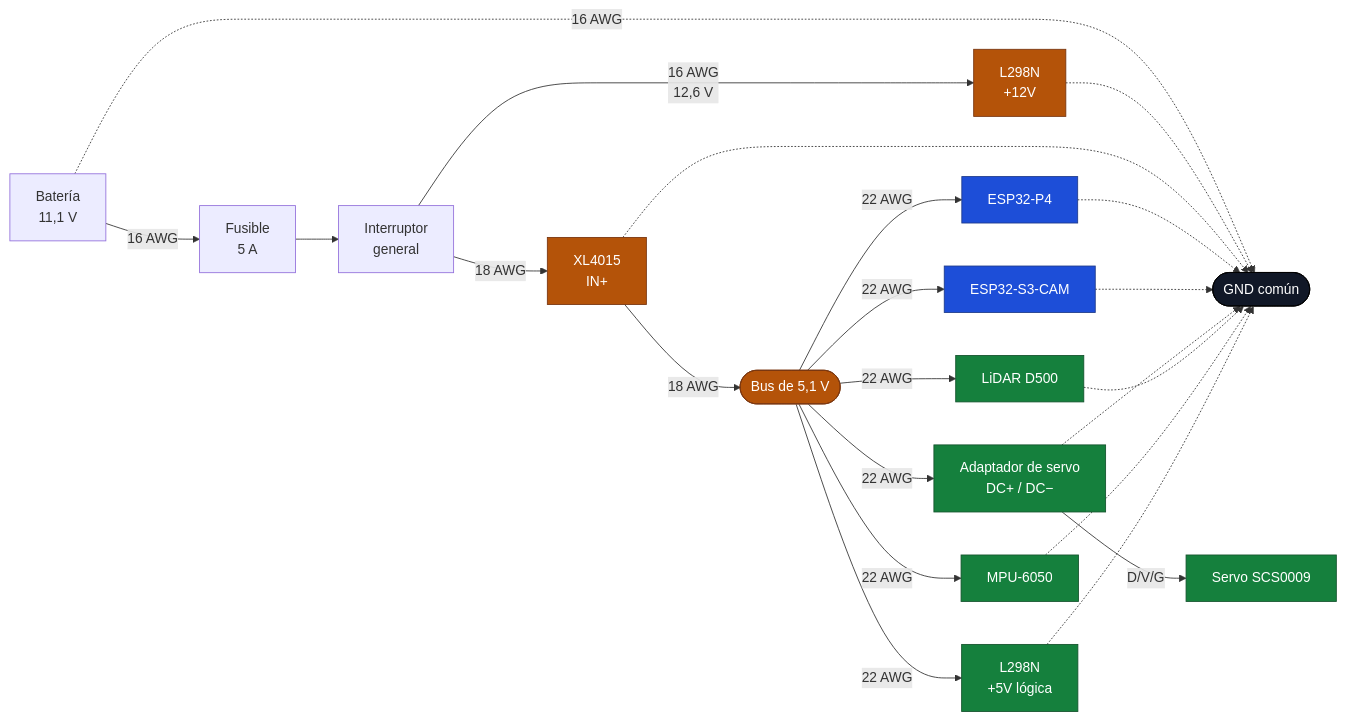
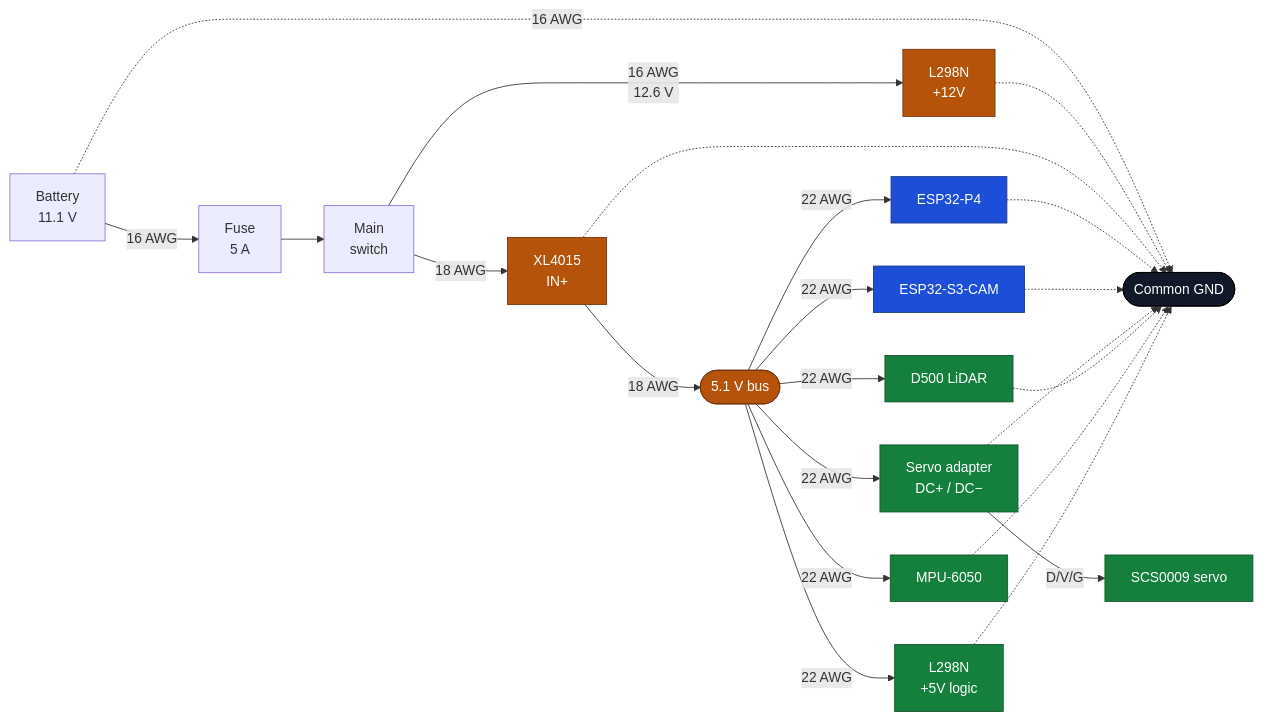
The second of 5 diagrams in docs/ELECTRONICS.md (Eddym06/AutoNex), drawn with Mermaid before and after one commit. The commit also changed other lines of this file, not shown here.

````diff
--- a/docs/ELECTRONICS.md
+++ b/docs/ELECTRONICS.md
@@ -155,35 +156,35 @@
 ```mermaid
 flowchart LR
-    BAT["Batería<br/>11,1 V"] -->|"16 AWG"| FUS["Fusible<br/>5 A"]
-    FUS --> SW["Interruptor<br/>general"]
-    SW -->|"16 AWG<br/>12,6 V"| L298["L298N<br/>+12V"]
+    BAT["Battery<br/>11.1 V"] -->|"16 AWG"| FUS["Fuse<br/>5 A"]
+    FUS --> SW["Main<br/>switch"]
+    SW -->|"16 AWG<br/>12.6 V"| L298["L298N<br/>+12V"]
     SW -->|"18 AWG"| BUCK["XL4015<br/>IN+"]
 
-    BUCK -->|"18 AWG"| BUS(["Bus de 5,1 V"])
+    BUCK -->|"18 AWG"| BUS(["5.1 V bus"])
     BUS -->|"22 AWG"| P4["ESP32-P4"]
     BUS -->|"22 AWG"| S3CAM["ESP32-S3-CAM"]
-    BUS -->|"22 AWG"| ADP["Adaptador de servo<br/>DC+ / DC−"]
-    ADP -->|"D/V/G"| SRV["Servo SCS0009"]
-    BUS -->|"22 AWG"| LID["LiDAR D500"]
+    BUS -->|"22 AWG"| ADP["Servo adapter<br/>DC+ / DC−"]
+    ADP -->|"D/V/G"| SRV["SCS0009 servo"]
+    BUS -->|"22 AWG"| LID["D500 LiDAR"]
     BUS -->|"22 AWG"| IMU["MPU-6050"]
-    BUS -->|"22 AWG"| LOG["L298N<br/>+5V lógica"]
+    BUS -->|"22 AWG"| LOG["L298N<br/>+5V logic"]
 
-    BAT -.->|"16 AWG"| GND(["GND común"])
+    BAT -.->|"16 AWG"| GND(["Common GND"])
     L298 -.-> GND
     BUCK -.-> GND
     P4 -.-> GND
     S3CAM -.-> GND
     ADP -.-> GND
     LID -.-> GND
     IMU -.-> GND
     LOG -.-> GND
 
-    classDef pot fill:#b45309,stroke:#78350f,color:#ffffff
-    classDef ctrl fill:#1d4ed8,stroke:#1e3a8a,color:#ffffff
-    classDef carga fill:#15803d,stroke:#14532d,color:#ffffff
-    classDef tierra fill:#111827,stroke:#000000,color:#ffffff
-    class L298,BUCK,BUS pot
-    class P4,S3CAM ctrl
-    class SRV,LID,IMU,LOG,ADP carga
-    class GND tierra
+    classDef power fill:#b45309,stroke:#78350f,color:#ffffff
+    classDef control fill:#1d4ed8,stroke:#1e3a8a,color:#ffffff
+    classDef load fill:#15803d,stroke:#14532d,color:#ffffff
+    classDef ground fill:#111827,stroke:#000000,color:#ffffff
+    class L298,BUCK,BUS power
+    class P4,S3CAM control
+    class SRV,LID,IMU,LOG,ADP load
+    class GND ground
 ```
````
